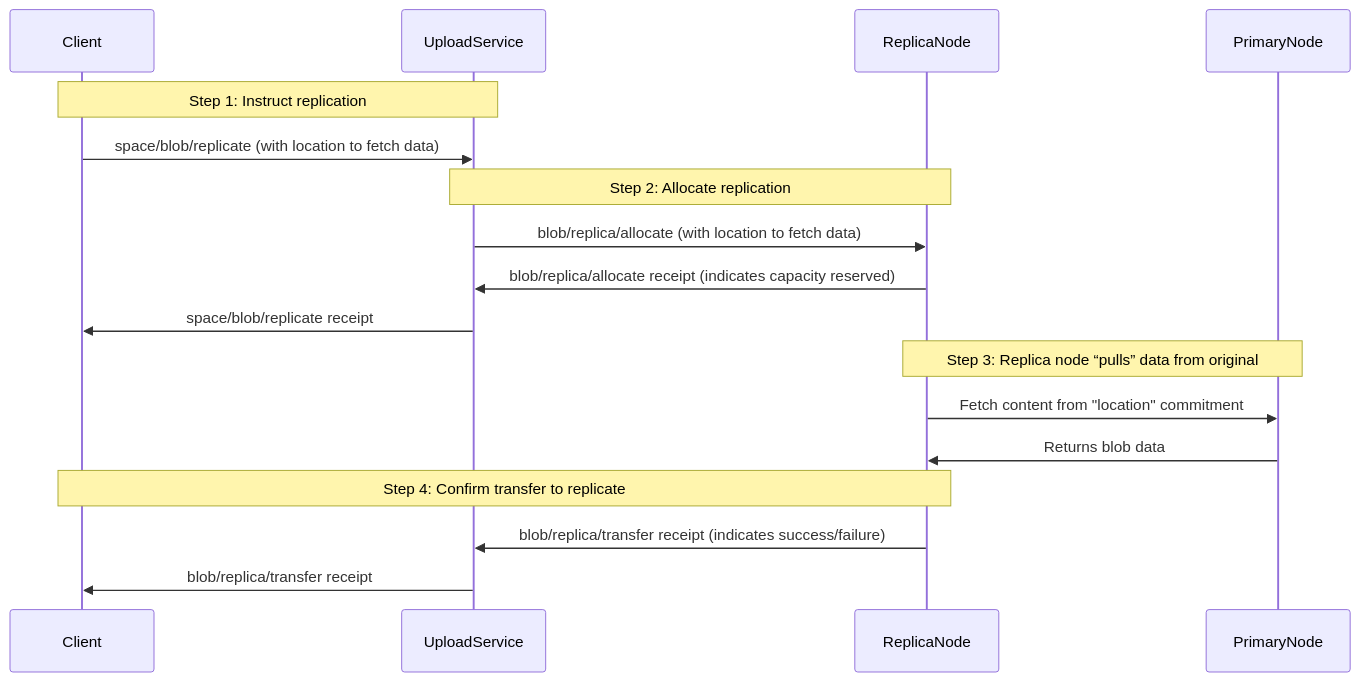
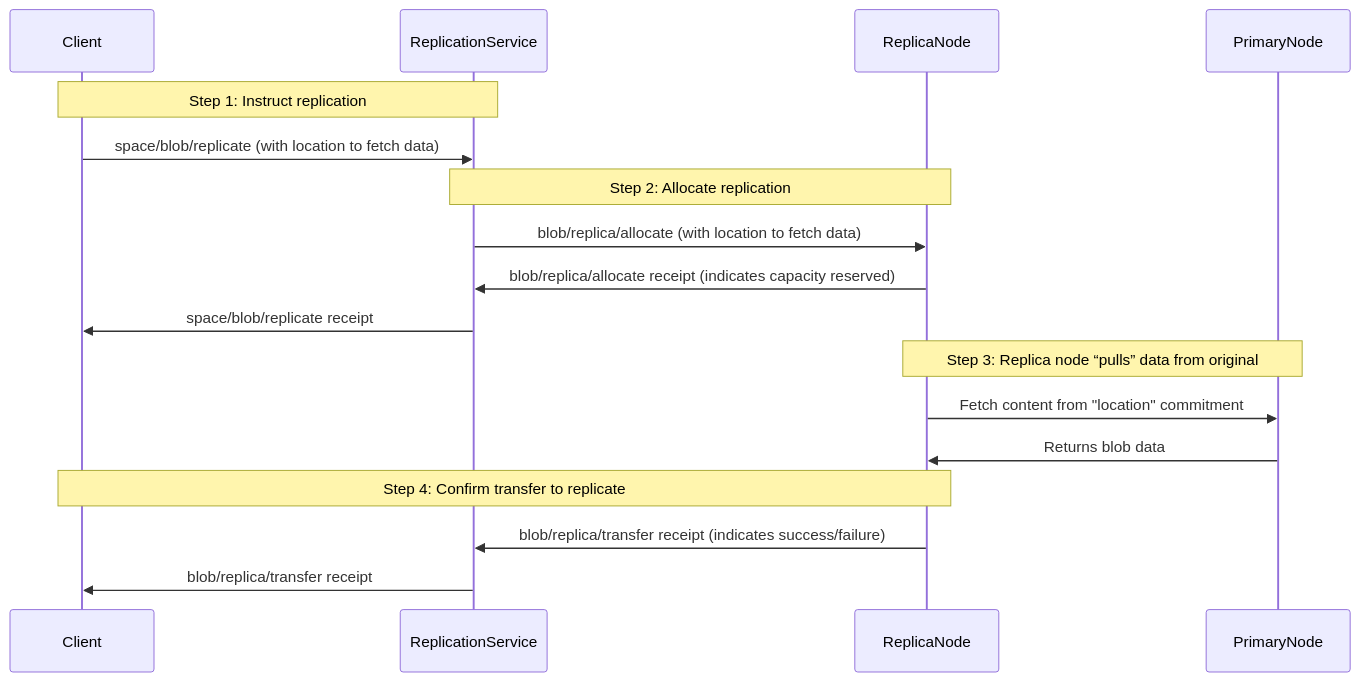
One commit to storacha/specs changed the diagram in w3-replication.md. Above: the diagram before and after it, drawn with Mermaid. The commit also changed other lines of this file, not shown here.

````diff
--- a/w3-replication.md
+++ b/w3-replication.md
@@ -25,23 +27,23 @@
 ```mermaid
 sequenceDiagram
     participant Client
-    participant UploadService
+    participant ReplicationService
     participant ReplicaNode
     participant PrimaryNode
 
-    Note over Client,UploadService: Step 1: Instruct replication
-    Client->>UploadService: space/blob/replicate (with location to fetch data)
+    Note over Client,ReplicationService: Step 1: Instruct replication
+    Client->>ReplicationService: space/blob/replicate (with location to fetch data)
 
-    Note over UploadService,ReplicaNode: Step 2: Allocate replication
-    UploadService->>ReplicaNode: blob/replica/allocate (with location to fetch data)
-    ReplicaNode->>UploadService: blob/replica/allocate receipt (indicates capacity reserved)
-    UploadService->>Client: space/blob/replicate receipt
+    Note over ReplicationService,ReplicaNode: Step 2: Allocate replication
+    ReplicationService->>ReplicaNode: blob/replica/allocate (with location to fetch data)
+    ReplicaNode->>ReplicationService: blob/replica/allocate receipt (indicates capacity reserved)
+    ReplicationService->>Client: space/blob/replicate receipt
 
     Note over ReplicaNode,PrimaryNode: Step 3: Replica node “pulls” data from original
     ReplicaNode->>PrimaryNode: Fetch content from "location" commitment
     PrimaryNode->>ReplicaNode: Returns blob data
 
     Note over Client,ReplicaNode: Step 4: Confirm transfer to replicate
-    ReplicaNode->>UploadService: blob/replica/transfer receipt (indicates success/failure)
-    UploadService->>Client: blob/replica/transfer receipt
+    ReplicaNode->>ReplicationService: blob/replica/transfer receipt (indicates success/failure)
+    ReplicationService->>Client: blob/replica/transfer receipt
 ```
````
